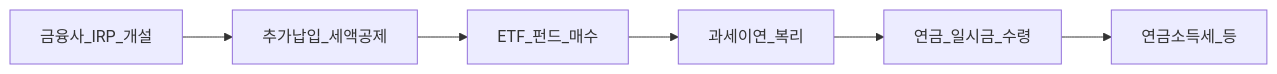
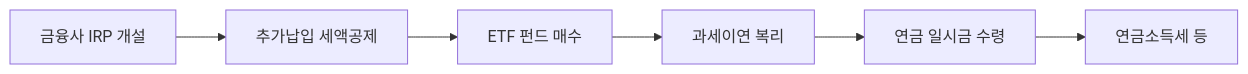
One commit to goldanghenry/Finances changed the second of 2 diagrams in 06-korea-policy/irp.md. Above: the diagram before and after it, drawn with Mermaid. The commit also changed other lines of this file and 211 other files, not shown here.

````diff
--- a/06-korea-policy/irp.md
+++ b/06-korea-policy/irp.md
@@ -124,8 +133,8 @@
 ```mermaid
 flowchart LR
-  Open[금융사_IRP_개설] --> Pay[추가납입_세액공제]
-  Pay --> Inv[ETF_펀드_매수]
-  Inv --> Def[과세이연_복리]
-  Def --> Out[연금_일시금_수령]
-  Out --> Tax[연금소득세_등]
+  Open["금융사 IRP 개설"] --> Pay["추가납입 세액공제"]
+  Pay --> Inv["ETF 펀드 매수"]
+  Inv --> Def["과세이연 복리"]
+  Def --> Out["연금 일시금 수령"]
+  Out --> Tax["연금소득세 등"]
 ```
````
